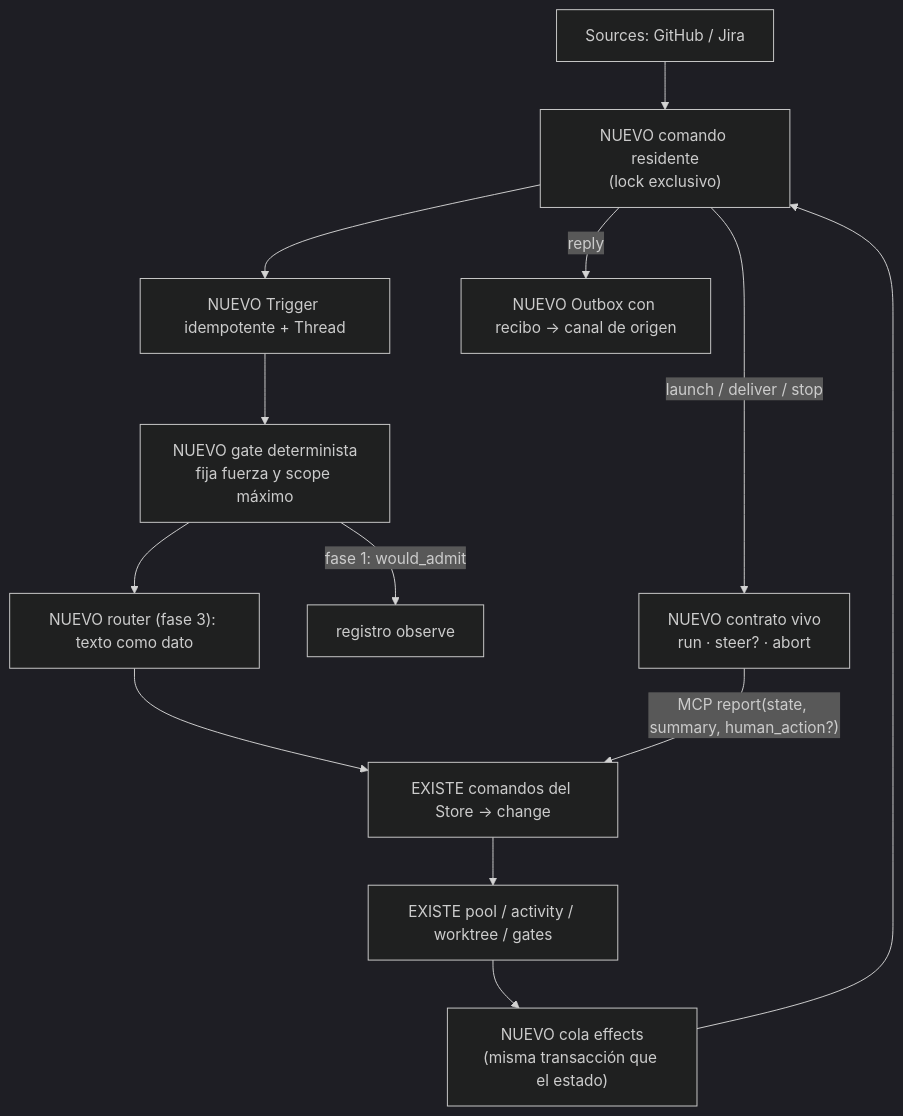
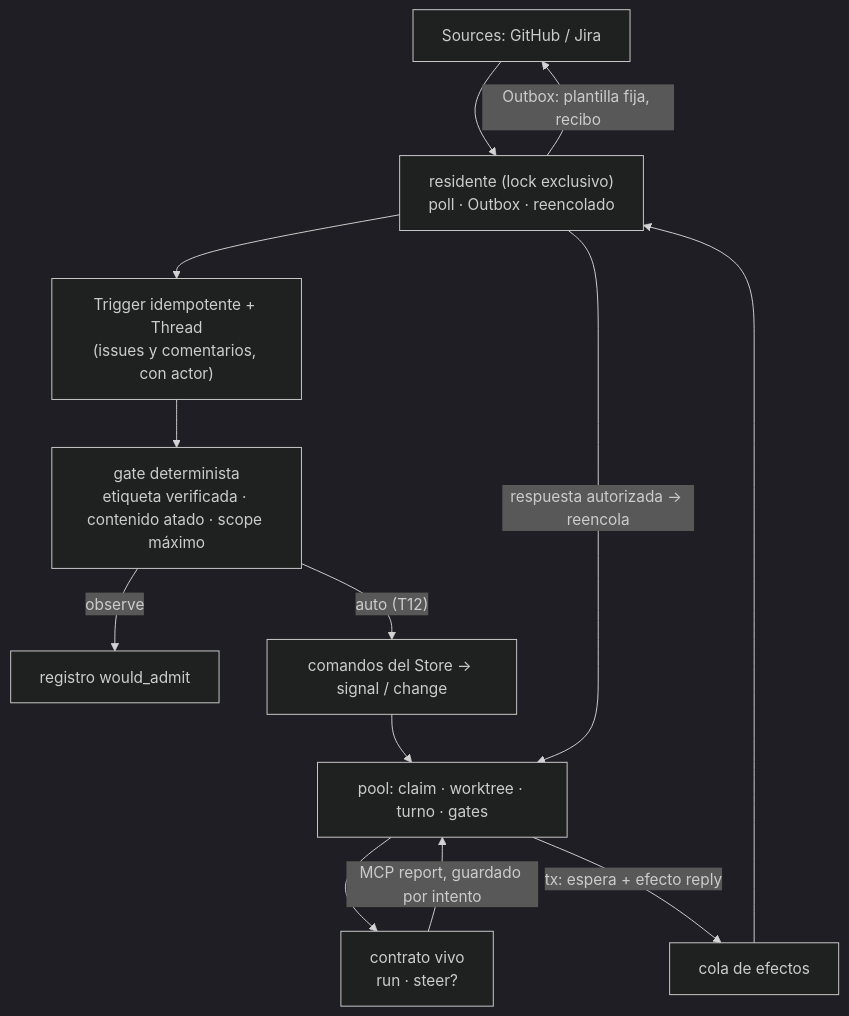
The second of 3 diagrams in techdocs/docs/investigacion/inspiracion/06-integracion-superagent-fab.md (DarkCodePE/sw-factory), drawn with Mermaid (dark theme) before and after one commit. The commit also changed other lines of this file and 16 other files, not shown here.

````diff
--- a/techdocs/docs/investigacion/inspiracion/06-integracion-superagent-fab.md
+++ b/techdocs/docs/investigacion/inspiracion/06-integracion-superagent-fab.md
@@ -113,15 +134,15 @@
 ```mermaid
 flowchart TD
-    SRC["Sources: GitHub / Jira"] --> RES["NUEVO comando residente<br/>(lock exclusivo)"]
-    RES --> TRG["NUEVO Trigger idempotente + Thread"]
-    TRG --> GATE["NUEVO gate determinista<br/>fija fuerza y scope máximo"]
-    GATE --> RT["NUEVO router (fase 3): texto como dato"]
-    RT --> SIG
-    GATE -->|"fase 1: would_admit"| LOG["registro observe"]
-    SIG["EXISTE comandos del Store → change"] --> POOL["EXISTE pool / activity / worktree / gates"]
-    POOL --> EFF["NUEVO cola effects<br/>(misma transacción que el estado)"]
+    SRC["Sources: GitHub / Jira"] --> RES["residente (lock exclusivo)<br/>poll · Outbox · reencolado"]
+    RES --> TRG["Trigger idempotente + Thread<br/>(issues y comentarios, con actor)"]
+    TRG --> GATE["gate determinista<br/>etiqueta verificada · contenido atado · scope máximo"]
+    GATE -->|"observe"| LOG["registro would_admit"]
+    GATE -->|"auto (T12)"| SIG["comandos del Store → signal / change"]
+    SIG --> POOL["pool: claim · worktree · turno · gates"]
+    POOL --> LIVE["contrato vivo<br/>run · steer?"]
+    LIVE -->|"MCP report, guardado por intento"| POOL
+    POOL -->|"tx: espera + efecto reply"| EFF["cola de efectos"]
     EFF --> RES
-    RES -->|"launch / deliver / stop"| LIVE["NUEVO contrato vivo<br/>run · steer? · abort"]
-    RES -->|"reply"| OUT["NUEVO Outbox con recibo → canal de origen"]
-    LIVE -->|"MCP report(state, summary, human_action?)"| SIG
+    RES -->|"Outbox: plantilla fija, recibo"| SRC
+    RES -->|"respuesta autorizada → reencola"| POOL
 ```
````
